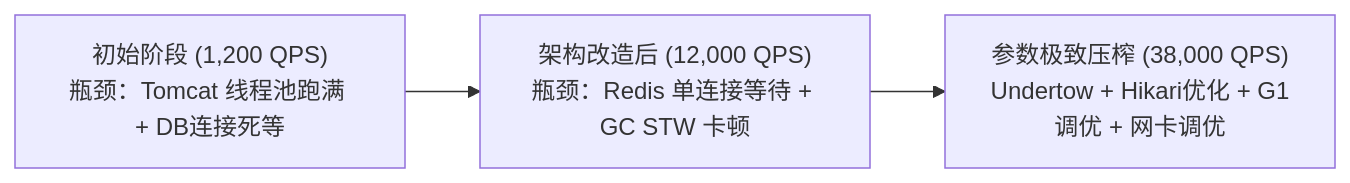
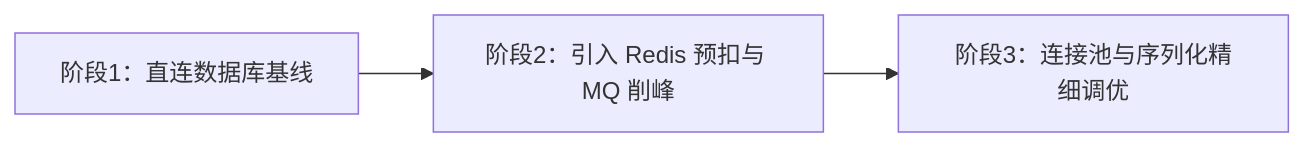
One commit to GuoWWWX/knowledge-base changed the third of 3 diagrams in 20-Java后端/09-项目实战/01-项目-高并发秒杀系统.md. Above: the diagram before and after it, drawn with Mermaid. The commit also changed other lines of this file and 251 other files, not shown here.

````diff
--- a/20-Java后端/09-项目实战/01-项目-高并发秒杀系统.md
+++ b/20-Java后端/09-项目实战/01-项目-高并发秒杀系统.md
@@ -285,5 +296,5 @@
 ```mermaid
-graph LR
-    Step1["初始阶段 (1,200 QPS)<br/>瓶颈：Tomcat 线程池跑满 + DB连接死等"] --> Step2["架构改造后 (12,000 QPS)<br/>瓶颈：Redis 单连接等待 + GC STW 卡顿"]
-    Step2 --> Step3["参数极致压榨 (38,000 QPS)<br/>Undertow + Hikari优化 + G1调优 + 网卡调优"]
+flowchart LR
+    Step1["阶段1：直连数据库基线"] --> Step2["阶段2：引入 Redis 预扣与 MQ 削峰"]
+    Step2 --> Step3["阶段3：连接池与序列化精细调优"]
 ```
````
